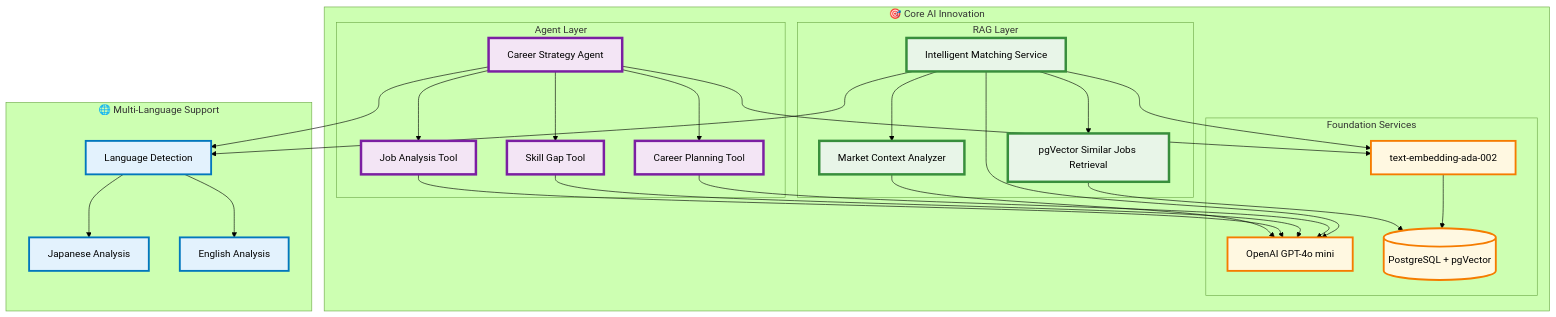
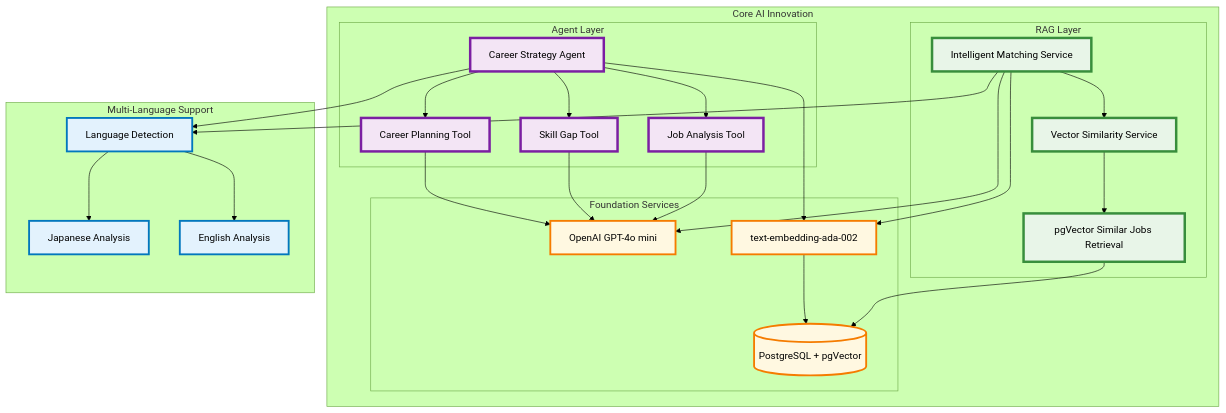
One commit to s1120258/res-match-api changed the second of 6 diagrams in docs/TECHNICAL_ARCHITECTURE.md. Above: the diagram before and after it, drawn with Mermaid (forest theme). The commit also changed other lines of this file, not shown here.

Commit message:
docs(architecture): rebuild High-Level Architecture diagram from codebase

````diff
--- a/docs/TECHNICAL_ARCHITECTURE.md
+++ b/docs/TECHNICAL_ARCHITECTURE.md
@@ -108,66 +142,65 @@
 ```mermaid
 graph TB
-    subgraph "🎯 Core AI Innovation"
+    subgraph "Core AI Innovation"
         subgraph "RAG Layer"
             IMS[Intelligent Matching Service]
-            MCA[Market Context Analyzer]
+            SIM[Vector Similarity Service]
             VDB[pgVector Similar Jobs Retrieval]
         end
 
         subgraph "Agent Layer"
             CSA[Career Strategy Agent]
             JAT[Job Analysis Tool]
             SAT[Skill Gap Tool]
             CPT[Career Planning Tool]
         end
 
         subgraph "Foundation Services"
             LLM[OpenAI GPT-4o mini]
             EMB[text-embedding-ada-002]
             PG[(PostgreSQL + pgVector)]
         end
     end
 
-    subgraph "🌐 Multi-Language Support"
+    subgraph "Multi-Language Support"
         LD[Language Detection]
         JA[Japanese Analysis]
         EN[English Analysis]
     end
 
     %% RAG Flow
-    IMS --> VDB
+    IMS --> SIM
+    SIM --> VDB
     VDB --> PG
-    IMS --> MCA
-    MCA --> LLM
+    IMS --> LLM
 
     %% Agent Flow
     CSA --> JAT
     CSA --> SAT
     CSA --> CPT
     JAT --> LLM
     SAT --> LLM
     CPT --> LLM
 
     %% Foundation connections
-    IMS --> LLM
     IMS --> EMB
     CSA --> EMB
     EMB --> PG
 
     %% Multi-language
     IMS --> LD
     CSA --> LD
     LD --> JA
     LD --> EN
 
     %% Styling
     classDef rag fill:#e8f5e8,stroke:#388e3c,stroke-width:4px,color:#000000
     classDef agent fill:#f3e5f5,stroke:#7b1fa2,stroke-width:4px,color:#000000
     classDef foundation fill:#fff8e1,stroke:#f57c00,stroke-width:3px,color:#000000
     classDef lang fill:#e3f2fd,stroke:#0277bd,stroke-width:3px,color:#000000
 
-    class IMS,MCA,VDB rag
+    class IMS,SIM,VDB rag
     class CSA,JAT,SAT,CPT agent
     class LLM,EMB,PG foundation
     class LD,JA,EN lang
 ```
````
